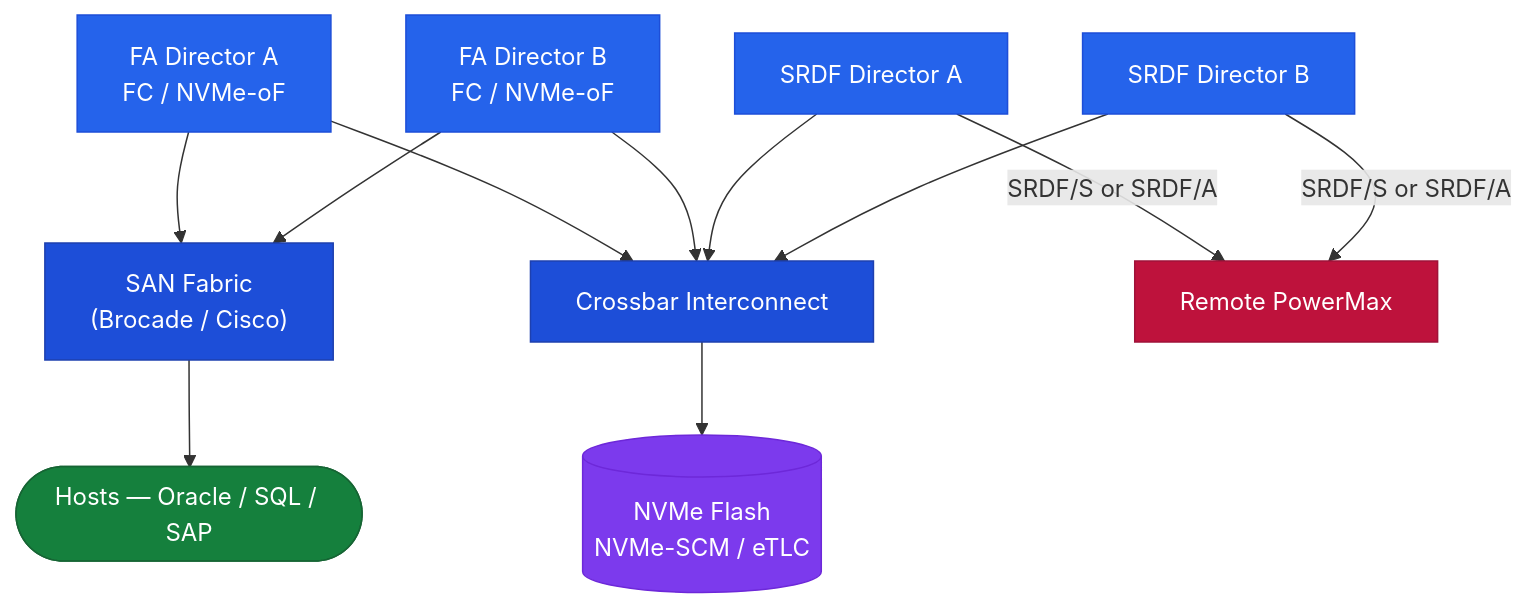
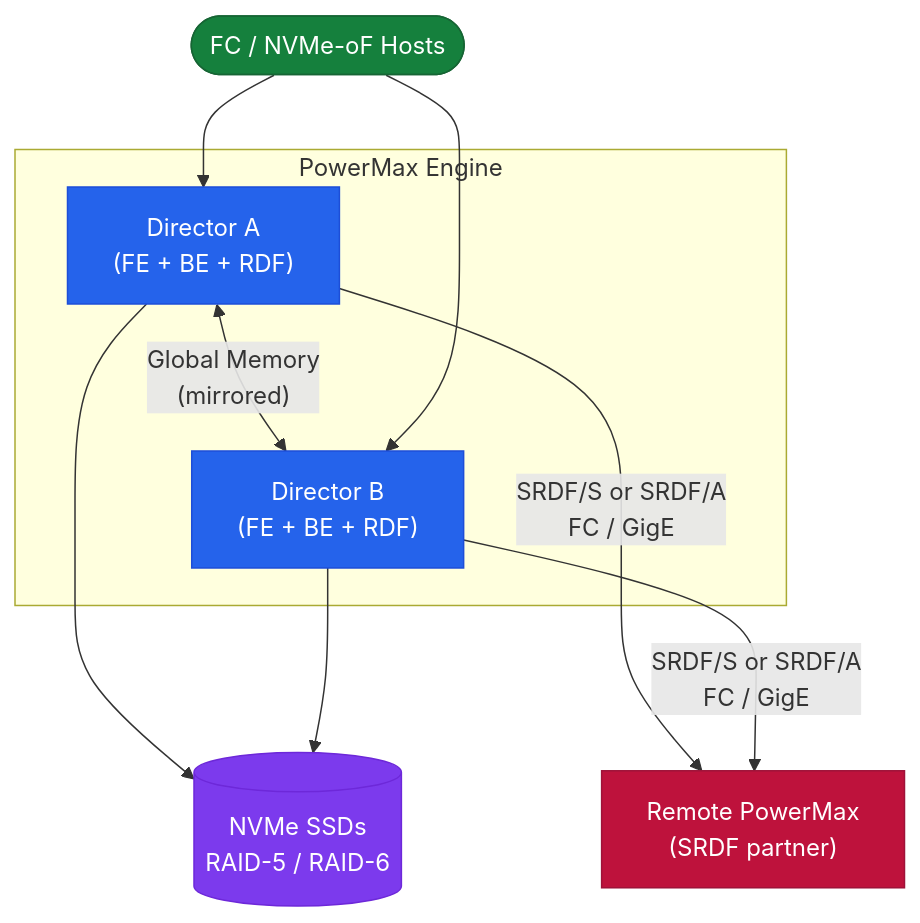
The diagram in docs/storage/dell/powermax/architecture/index.md (canast01/chris-kb), drawn with Mermaid before and after one commit. The commit also changed other lines of this file and 35 other files, not shown here.

````diff
--- a/docs/storage/dell/powermax/architecture/index.md
+++ b/docs/storage/dell/powermax/architecture/index.md
@@ -7,19 +36,20 @@
 ```mermaid
 graph TB
-  FA1["FA Director A\nFC / NVMe-oF"] & FA2["FA Director B\nFC / NVMe-oF"] --> XB["Crossbar Interconnect"]
-  SR1["SRDF Director A"] & SR2["SRDF Director B"] --> XB
-  XB --> FLASH[("NVMe Flash\nNVMe-SCM / eTLC")]
-  FA1 & FA2 --> FAB["SAN Fabric\n(Brocade / Cisco)"]
-  FAB --> H(["Hosts — Oracle / SQL / SAP"])
-  SR1 & SR2 -->|"SRDF/S or SRDF/A"| REMOTE["Remote PowerMax"]
+  SAN(["FC / NVMe-oF Hosts"])
+  subgraph "PowerMax Engine"
+    DA["Director A\n(FE + BE + RDF)"] <-->|"Global Memory\n(mirrored)"| DB["Director B\n(FE + BE + RDF)"]
+  end
+  NVMe[("NVMe SSDs\nRAID-5 / RAID-6")]
+  SRDF["Remote PowerMax\n(SRDF partner)"]
+  SAN --> DA & DB
+  DA & DB --> NVMe
+  DA & DB -->|"SRDF/S or SRDF/A\nFC / GigE"| SRDF
   classDef ctrl fill:#2563eb,stroke:#1d4ed8,color:#fff
   classDef store fill:#7c3aed,stroke:#6d28d9,color:#fff
-  classDef net fill:#1d4ed8,stroke:#1e40af,color:#fff
   classDef host fill:#15803d,stroke:#166534,color:#fff
   classDef dr fill:#be123c,stroke:#9f1239,color:#fff
-  class FA1,FA2,SR1,SR2 ctrl
-  class XB,FAB net
-  class FLASH store
-  class H host
-  class REMOTE dr
+  class DA,DB ctrl
+  class NVMe store
+  class SAN host
+  class SRDF dr
 ```
````
